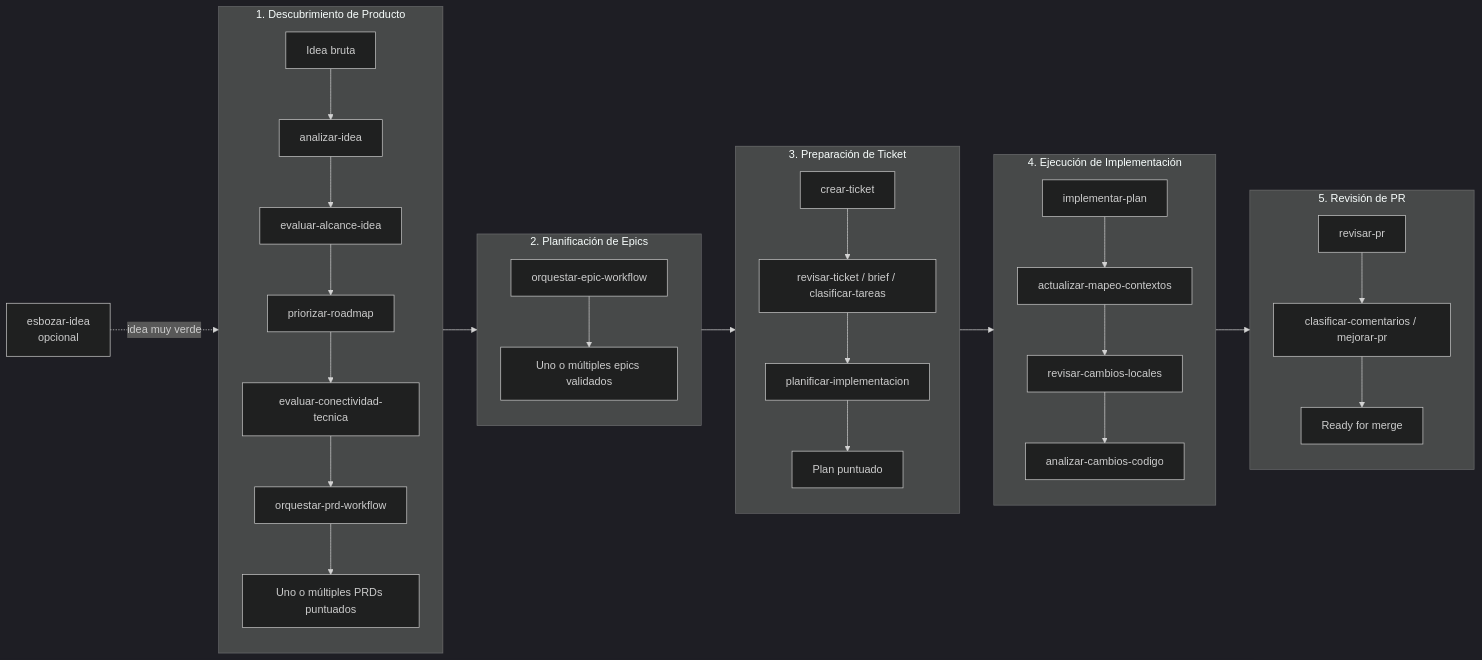
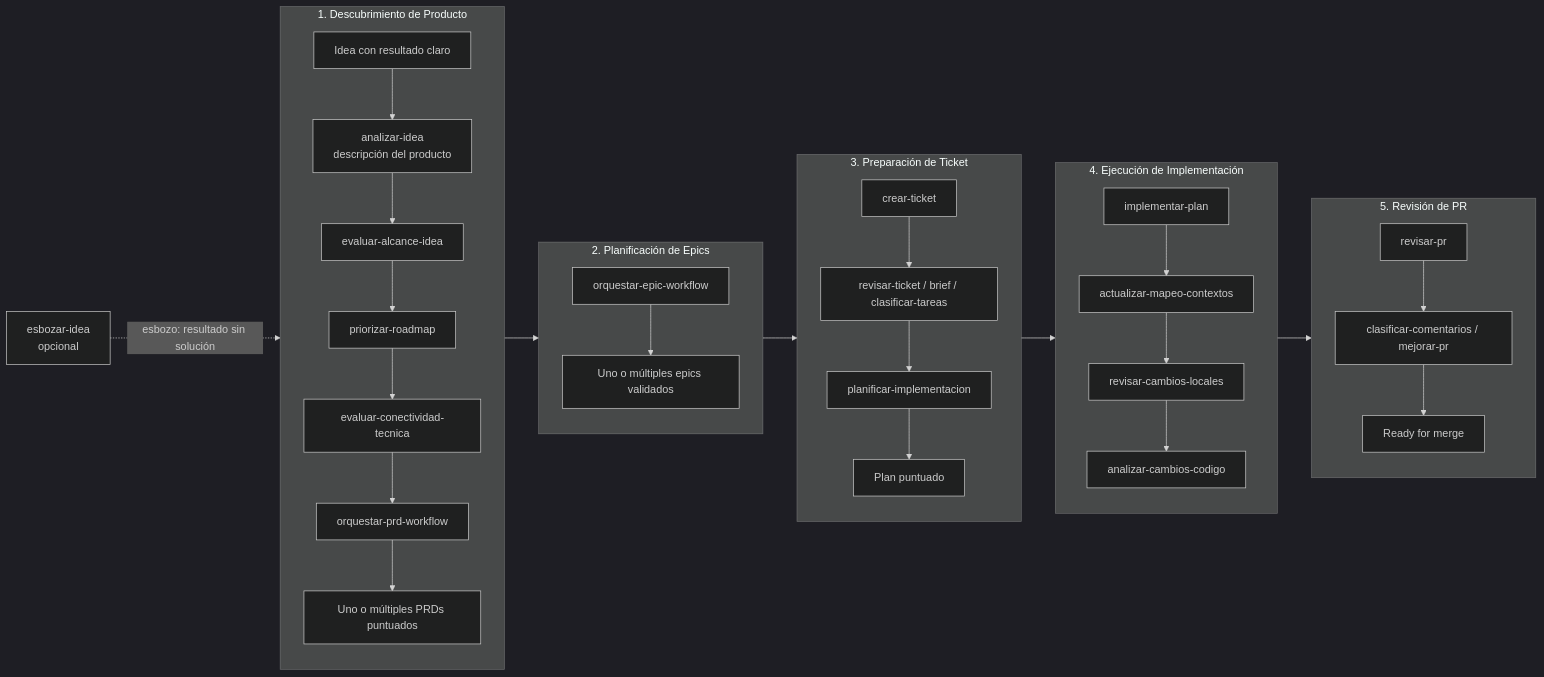
The first of 9 diagrams in docs/workflows.md (gilmrjc/factory), drawn with Mermaid (dark theme) before and after one commit. The commit also changed other lines of this file and 15 other files, not shown here.

````diff
--- a/docs/workflows.md
+++ b/docs/workflows.md
@@ -25,41 +25,41 @@
 ```mermaid
 flowchart LR
-    Pminus1[esbozar-idea<br/>opcional] -.->|idea muy verde| P0
+    Pminus1[esbozar-idea<br/>opcional] -.->|esbozo: resultado sin solución| P1
 
     subgraph WF1["1. Descubrimiento de Producto"]
         direction TB
-        P0[Idea bruta] --> P1[analizar-idea]
+        P0[Idea con resultado claro] --> P1[analizar-idea<br/>descripción del producto]
         P1 --> P2[evaluar-alcance-idea]
         P2 --> P3[priorizar-roadmap]
         P3 --> P4[evaluar-conectividad-tecnica]
         P4 --> P5[orquestar-prd-workflow]
         P5 --> P6[Uno o múltiples PRDs puntuados]
     end
 
     subgraph WF2["2. Planificación de Epics"]
         direction TB
         E1[orquestar-epic-workflow] --> E2[Uno o múltiples epics validados]
     end
 
     subgraph WF3["3. Preparación de Ticket"]
         direction TB
         T1[crear-ticket] --> T2[revisar-ticket / brief / clasificar-tareas]
         T2 --> T3[planificar-implementacion]
         T3 --> T4[Plan puntuado]
     end
 
     subgraph WF4["4. Ejecución de Implementación"]
         direction TB
         I1[implementar-plan] --> I2[actualizar-mapeo-contextos]
         I2 --> I3[revisar-cambios-locales]
         I3 --> I4[analizar-cambios-codigo]
     end
 
     subgraph WF5["5. Revisión de PR"]
         direction TB
         R1[revisar-pr] --> R2[clasificar-comentarios / mejorar-pr]
         R2 --> R3[Ready for merge]
     end
 
     WF1 --> WF2 --> WF3 --> WF4 --> WF5
 ```
````
